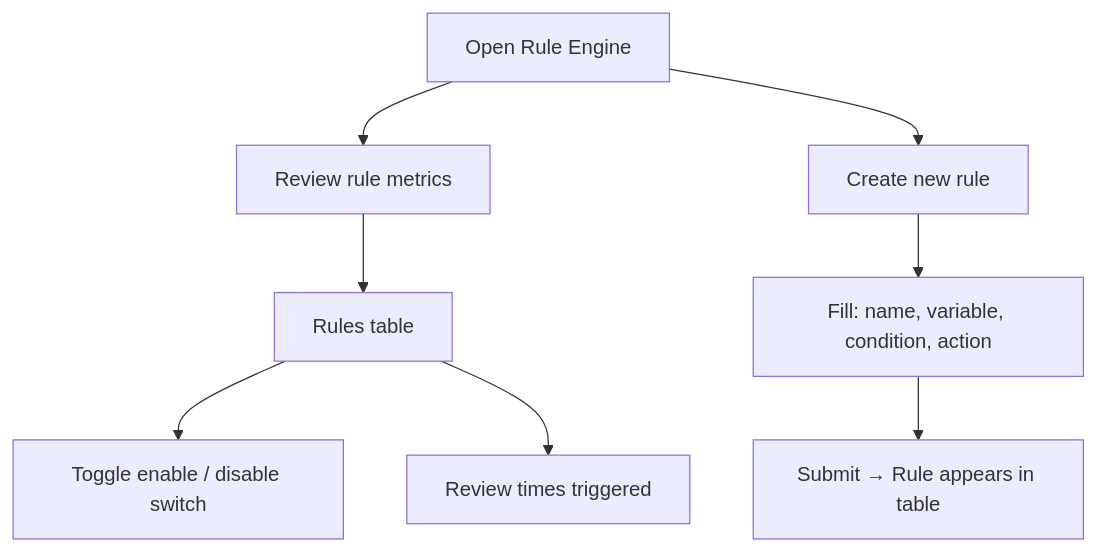
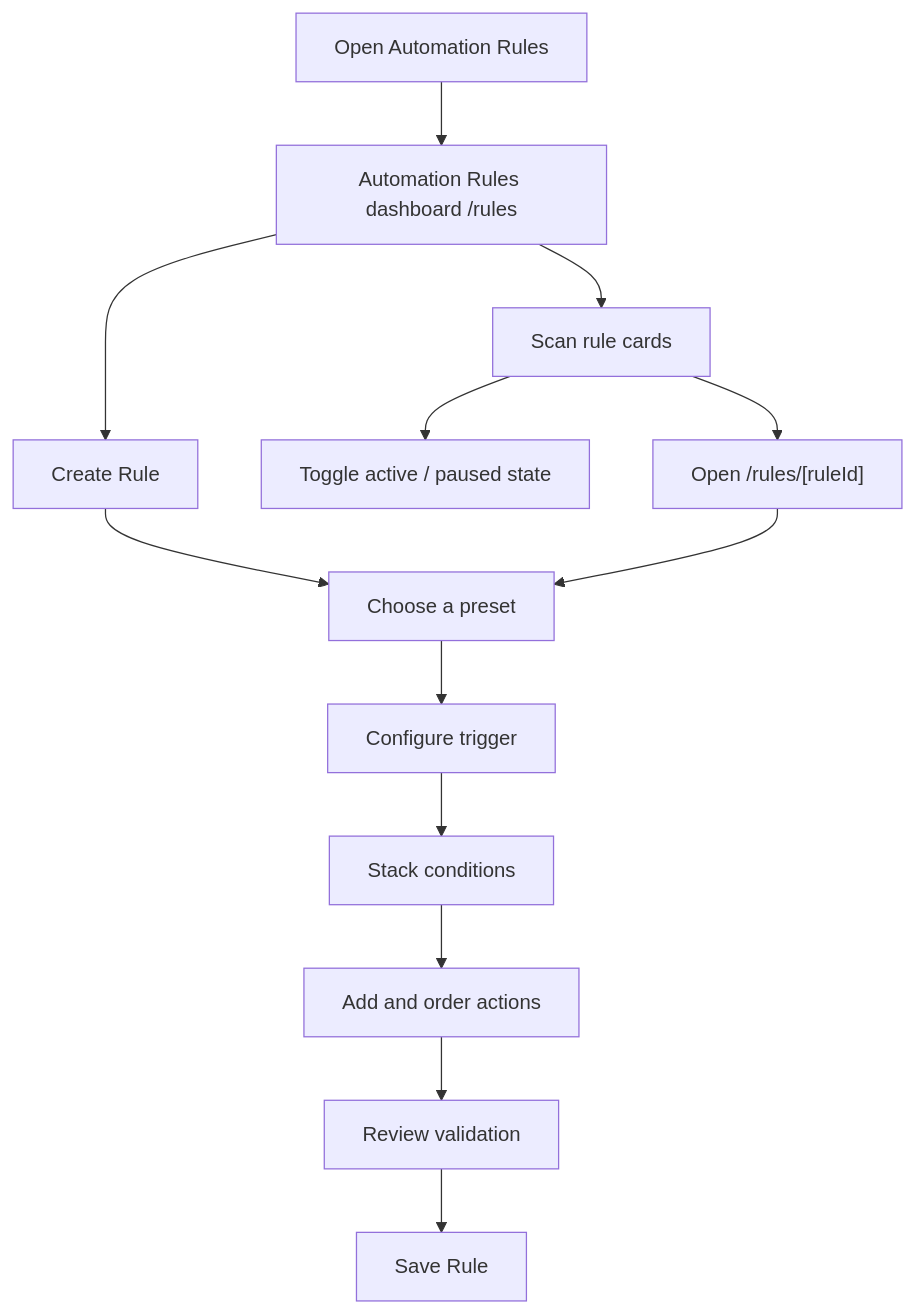
One commit to yon-tf/pro360 changed the diagram in docs/modules/rule-engine.md. Above: the diagram before and after it, drawn with Mermaid. The commit also changed other lines of this file and 1567 other files, not shown here.

````diff
--- a/docs/modules/rule-engine.md
+++ b/docs/modules/rule-engine.md
@@ -36,10 +71,15 @@
 ```mermaid
 flowchart TD
-  A["Open Rule Engine"] --> B["Review rule metrics"]
-  A --> C["Create new rule"]
-  C --> C1["Fill: name, variable, condition, action"]
-  C1 --> C2["Submit → Rule appears in table"]
-  B --> D["Rules table"]
-  D --> E["Toggle enable / disable switch"]
-  D --> F["Review times triggered"]
+  A["Open Automation Rules"] --> B["Automation Rules dashboard /rules"]
+  B --> C["Create Rule"]
+  B --> D["Scan rule cards"]
+  D --> E["Toggle active / paused state"]
+  D --> F["Open /rules/[ruleId]"]
+  C --> G["Choose a preset"]
+  G --> H["Configure trigger"]
+  H --> I["Stack conditions"]
+  I --> J["Add and order actions"]
+  J --> K["Review validation"]
+  K --> L["Save Rule"]
+  F --> G
 ```
````
